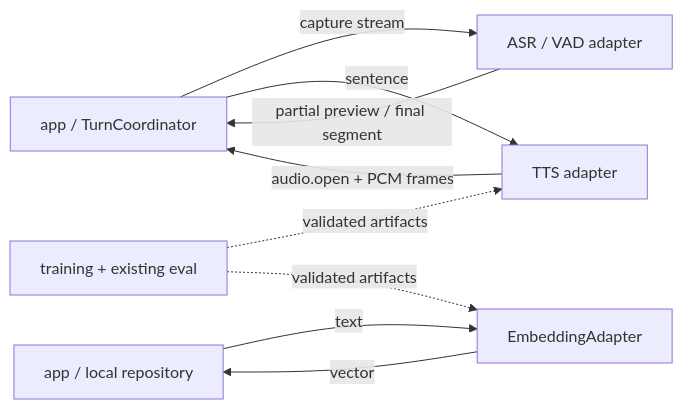
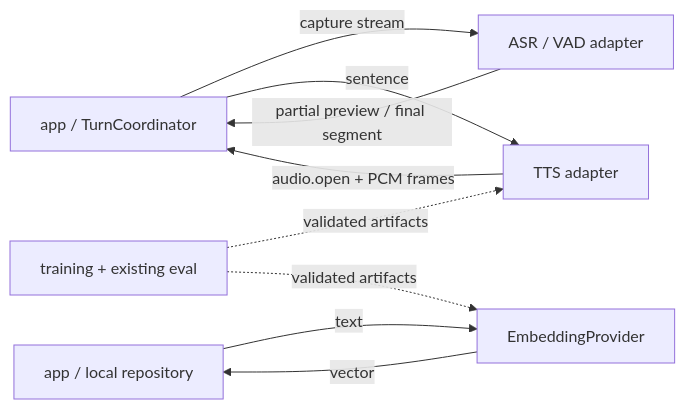
The diagram in docs/02-repos/momo-models.md (Momoyeyu/momo), drawn with Mermaid before and after one commit. The commit also changed other lines of this file and 36 other files, not shown here.

````diff
--- a/docs/02-repos/momo-models.md
+++ b/docs/02-repos/momo-models.md
@@ -7,10 +7,10 @@
 ```mermaid
 flowchart LR
     ORCH["app / TurnCoordinator"] -->|"capture stream"| ASR["ASR / VAD adapter"]
     ASR -->|"partial preview / final segment"| ORCH
     ORCH -->|"sentence"| TTS["TTS adapter"]
     TTS -->|"audio.open + PCM frames"| ORCH
-    REPO["app / local repository"] -->|"text"| EMBED["EmbeddingAdapter"]
+    REPO["app / local repository"] -->|"text"| EMBED["EmbeddingProvider"]
     EMBED -->|"vector"| REPO
     TRAIN["training + existing eval"] -.->|"validated artifacts"| TTS & EMBED
 ```
````
